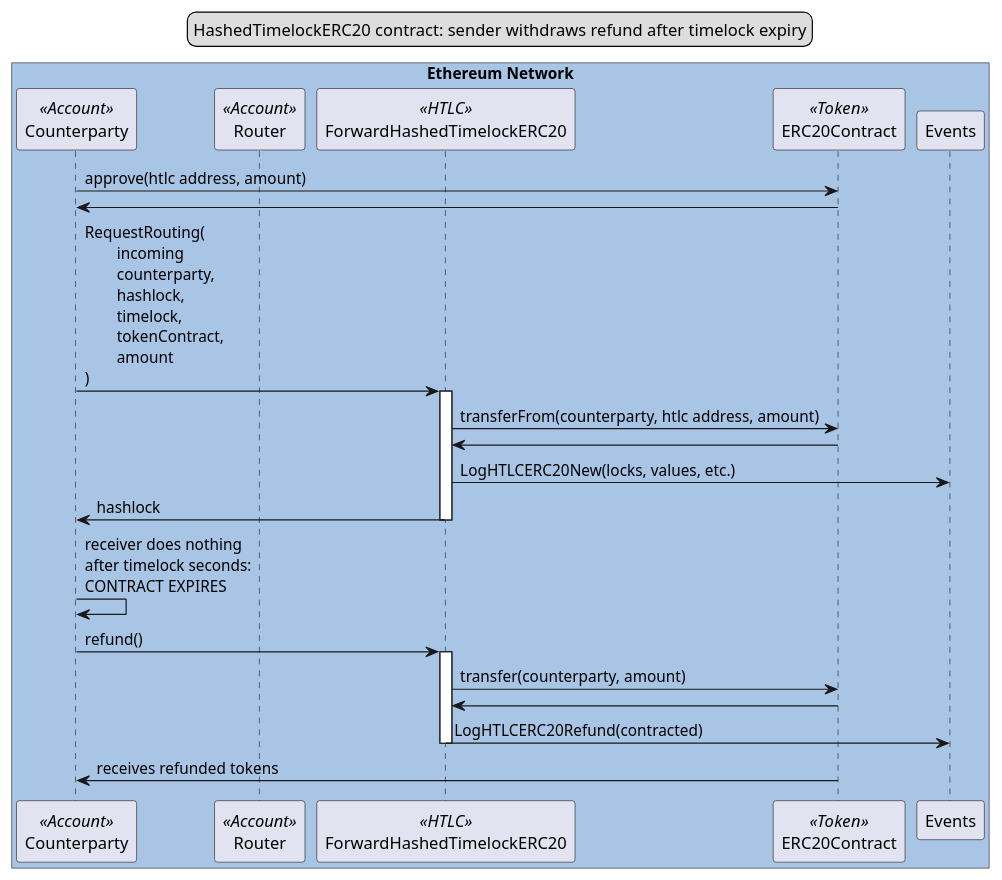
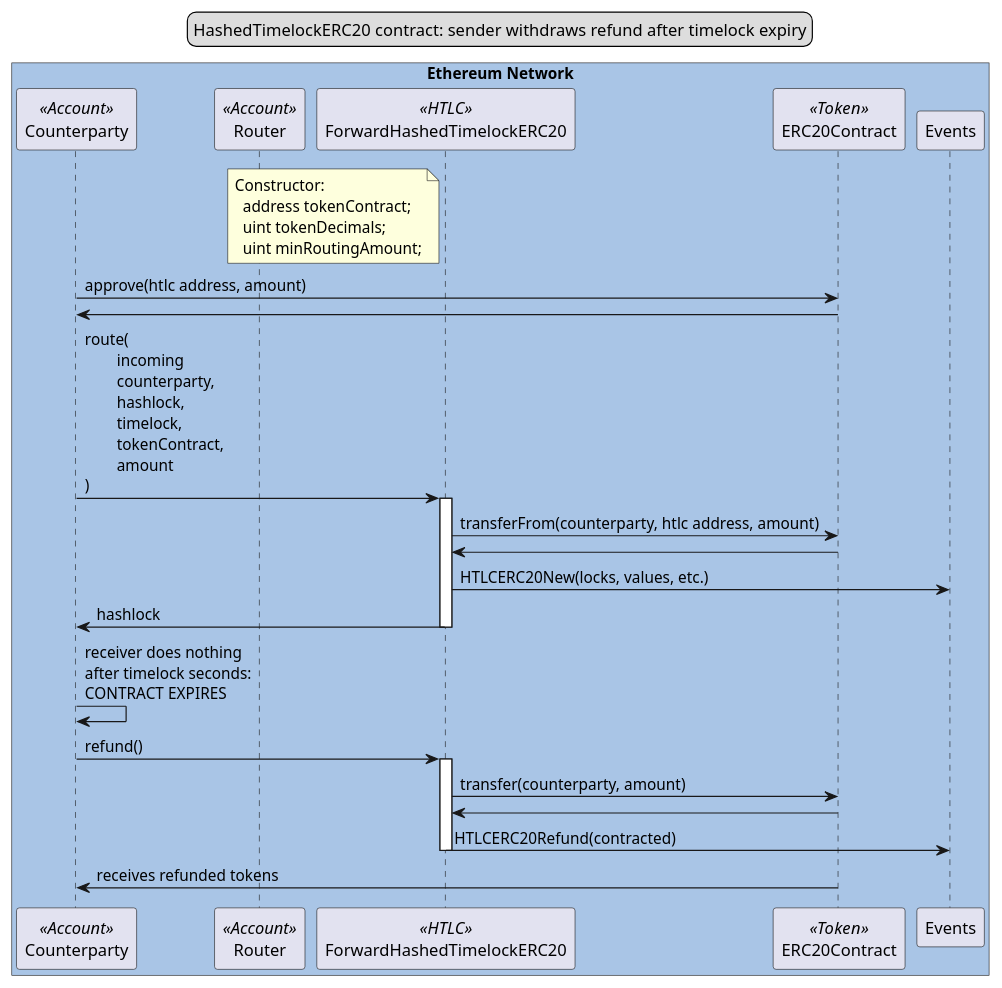
Before and after one commit to SatsBridge/awesome-htlc: the diagram in docs/sequence-diagram-htlc-erc20-refund.plantuml, drawn with PlantUML. The commit also changed 7 other files, not shown here.

```diff
--- a/docs/sequence-diagram-htlc-erc20-refund.plantuml
+++ b/docs/sequence-diagram-htlc-erc20-refund.plantuml
@@ -1,39 +1,45 @@
 @startuml
 skinparam BoxPadding 20
 
 legend top
 HashedTimelockERC20 contract: sender withdraws refund after timelock expiry
 end legend
 
 box "Ethereum Network" #A9C5E6
 participant Counterparty as counterparty << Account >>
 participant Router as router << Account >>
 participant ForwardHashedTimelockERC20 as htlc << HTLC >>
 participant ERC20Contract as token << Token >>
 participant Events as events
 end box
 
+note left of htlc
+Constructor:
+  address tokenContract;
+  uint tokenDecimals;
+  uint minRoutingAmount;
+end note
+
 counterparty->token:approve(htlc address, amount)
 token->counterparty
-counterparty->htlc:RequestRouting(\n\tincoming\n\tcounterparty,\n\thashlock,\n\ttimelock,\n\ttokenContract,\n\tamount\n)
+counterparty->htlc:route(\n\tincoming\n\tcounterparty,\n\thashlock,\n\ttimelock,\n\ttokenContract,\n\tamount\n)
 
 activate htlc
   htlc->token:transferFrom(counterparty, htlc address, amount)
   token->htlc
-  htlc->events:LogHTLCERC20New(locks, values, etc.)
+  htlc->events:HTLCERC20New(locks, values, etc.)
   htlc->counterparty:hashlock
 deactivate htlc
 
 counterparty->counterparty:receiver does nothing\nafter timelock seconds:\nCONTRACT EXPIRES
 
 counterparty->htlc:refund()
 
 activate htlc
   htlc->token:transfer(counterparty, amount)
   token->htlc
-  htlc->events:LogHTLCERC20Refund(contracted)
+  htlc->events:HTLCERC20Refund(contracted)
 deactivate htlc
 
 token->counterparty:receives refunded tokens
-
 @enduml
```
